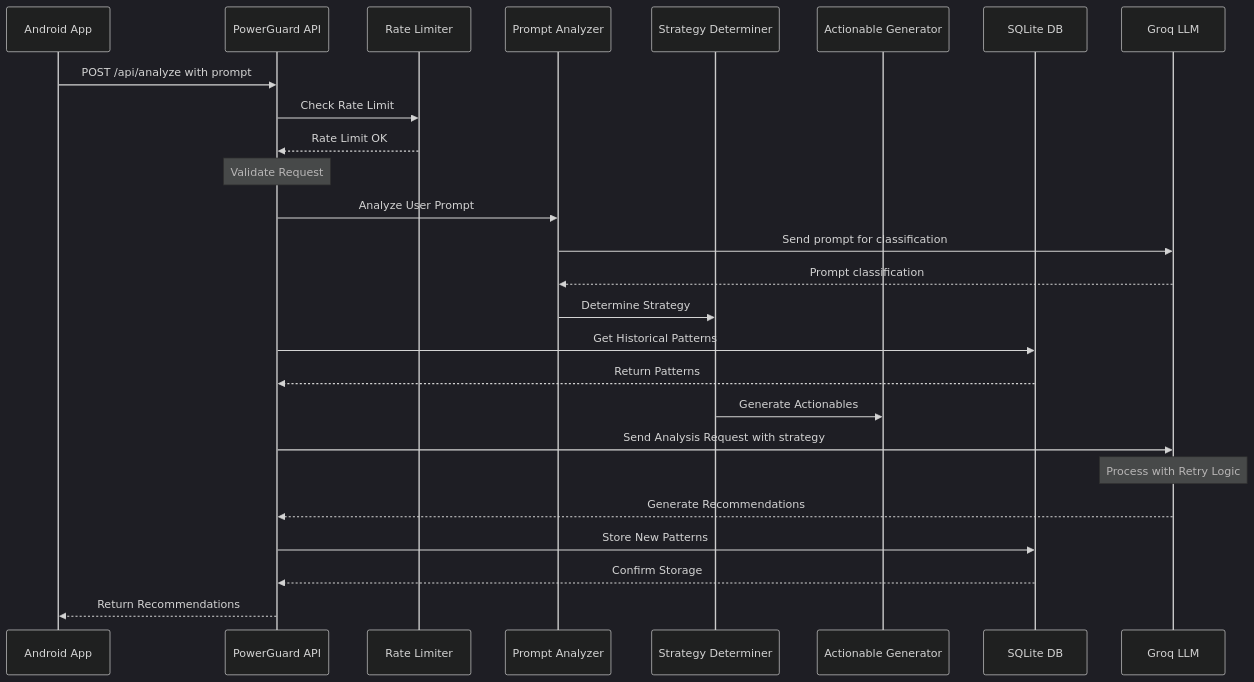
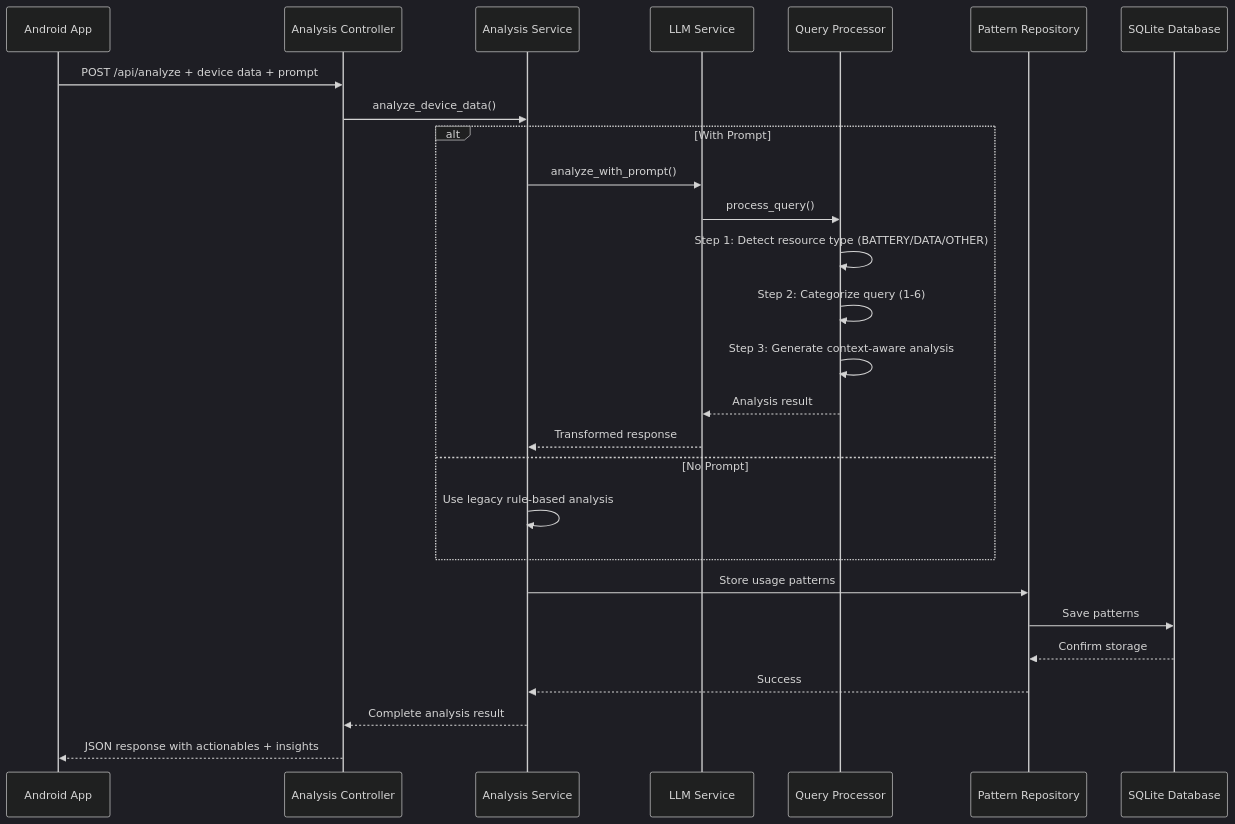
Before and after one commit to hiteshchopra11/PowerGuardBackend: the diagram in README.md, drawn with Mermaid (dark theme). The commit also changed other lines of this file, not shown here.

First line of the commit message:
docs: Comprehensive README update with proper architecture documentation

````diff
--- a/README.md
+++ b/README.md
@@ -154,29 +173,32 @@
 ```mermaid
 sequenceDiagram
-    participant App as Android App
-    participant API as PowerGuard API
-    participant RL as Rate Limiter
-    participant PA as Prompt Analyzer
-    participant SD as Strategy Determiner
-    participant AG as Actionable Generator
-    participant DB as SQLite DB
-    participant LLM as Groq LLM
+    participant Client as Android App
+    participant Controller as Analysis Controller
+    participant Service as Analysis Service
+    participant LLM as LLM Service
+    participant QP as Query Processor
+    participant Repo as Pattern Repository
+    participant DB as SQLite Database
+
+    Client->>Controller: POST /api/analyze + device data + prompt
+    Controller->>Service: analyze_device_data()
     
-    App->>API: POST /api/analyze with prompt
-    API->>RL: Check Rate Limit
-    RL-->>API: Rate Limit OK
-    Note over API: Validate Request
-    API->>PA: Analyze User Prompt
-    PA->>LLM: Send prompt for classification
-    LLM-->>PA: Prompt classification
-    PA->>SD: Determine Strategy
-    API->>DB: Get Historical Patterns
-    DB-->>API: Return Patterns
-    SD->>AG: Generate Actionables
-    API->>LLM: Send Analysis Request with strategy
-    Note over LLM: Process with Retry Logic
-    LLM-->>API: Generate Recommendations
-    API->>DB: Store New Patterns
-    DB-->>API: Confirm Storage
-    API-->>App: Return Recommendations
+    alt With Prompt
+        Service->>LLM: analyze_with_prompt()
+        LLM->>QP: process_query()
+        QP->>QP: Step 1: Detect resource type (BATTERY/DATA/OTHER)
+        QP->>QP: Step 2: Categorize query (1-6)
+        QP->>QP: Step 3: Generate context-aware analysis
+        QP-->>LLM: Analysis result
+        LLM-->>Service: Transformed response
+    else No Prompt  
+        Service->>Service: Use legacy rule-based analysis
+    end
+    
+    Service->>Repo: Store usage patterns
+    Repo->>DB: Save patterns
+    DB-->>Repo: Confirm storage
+    Repo-->>Service: Success
+    Service-->>Controller: Complete analysis result
+    Controller-->>Client: JSON response with actionables + insights
 ```
````
